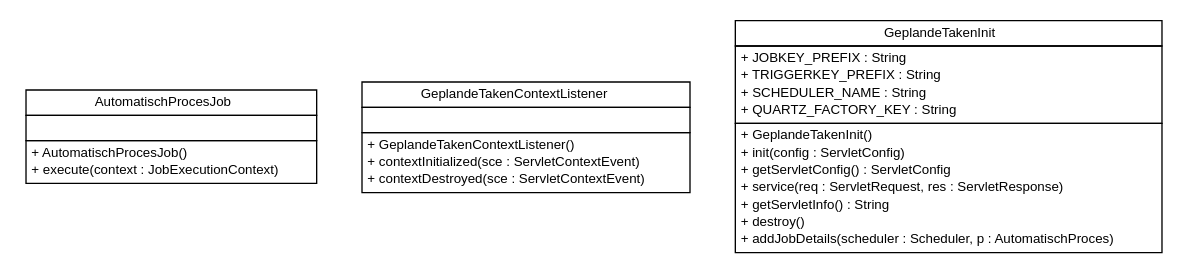
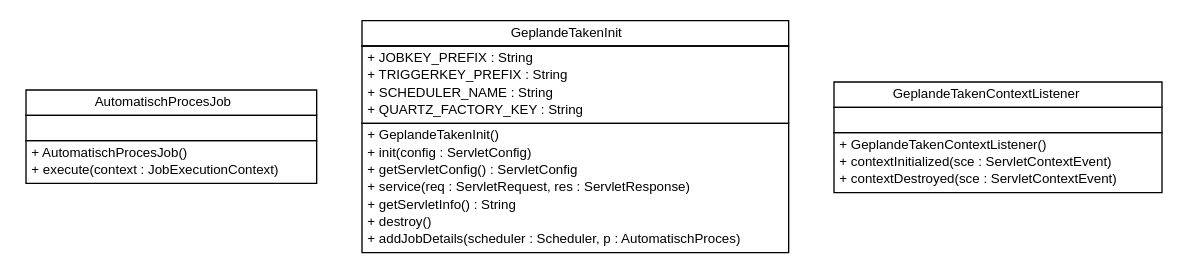
The diagram in brmo-service/apidocs/nl/b3p/brmo/service/jobs/nl.b3p.brmo.service.jobs.dot (B3Partners/brmo), drawn with Graphviz before and after one commit. The commit also changed 296 other files, not shown here.

```diff
--- a/brmo-service/apidocs/nl/b3p/brmo/service/jobs/nl.b3p.brmo.service.jobs.dot
+++ b/brmo-service/apidocs/nl/b3p/brmo/service/jobs/nl.b3p.brmo.service.jobs.dot
@@ -1,60 +1,60 @@
 #!/usr/local/bin/dot
 #
 # Class diagram 
 # Generated by UMLGraph version R5_6-24-gf6e263 (http://www.umlgraph.org/)
 #
 
 digraph G {
 	edge [fontname="Helvetica",fontsize=10,labelfontname="Helvetica",labelfontsize=10];
 	node [fontname="Helvetica",fontsize=10,shape=plaintext];
 	nodesep=0.25;
 	ranksep=0.5;
 	// nl.b3p.brmo.service.jobs.AutomatischProcesJob
-	c239 [label=<<table title="nl.b3p.brmo.service.jobs.AutomatischProcesJob" border="0" cellborder="1" cellspacing="0" cellpadding="2" port="p" href="./AutomatischProcesJob.html">
+	c107 [label=<<table title="nl.b3p.brmo.service.jobs.AutomatischProcesJob" border="0" cellborder="1" cellspacing="0" cellpadding="2" port="p" href="./AutomatischProcesJob.html">
 		<tr><td><table border="0" cellspacing="0" cellpadding="1">
 <tr><td align="center" balign="center"> AutomatischProcesJob </td></tr>
 		</table></td></tr>
 		<tr><td><table border="0" cellspacing="0" cellpadding="1">
 <tr><td align="left" balign="left">  </td></tr>
 		</table></td></tr>
 		<tr><td><table border="0" cellspacing="0" cellpadding="1">
 <tr><td align="left" balign="left"> + AutomatischProcesJob() </td></tr>
 <tr><td align="left" balign="left"> + execute(context : JobExecutionContext) </td></tr>
 		</table></td></tr>
 		</table>>, URL="./AutomatischProcesJob.html", fontname="Helvetica", fontcolor="black", fontsize=10.0];
-	// nl.b3p.brmo.service.jobs.GeplandeTakenContextListener
-	c240 [label=<<table title="nl.b3p.brmo.service.jobs.GeplandeTakenContextListener" border="0" cellborder="1" cellspacing="0" cellpadding="2" port="p" href="./GeplandeTakenContextListener.html">
-		<tr><td><table border="0" cellspacing="0" cellpadding="1">
-<tr><td align="center" balign="center"> GeplandeTakenContextListener </td></tr>
-		</table></td></tr>
-		<tr><td><table border="0" cellspacing="0" cellpadding="1">
-<tr><td align="left" balign="left">  </td></tr>
-		</table></td></tr>
-		<tr><td><table border="0" cellspacing="0" cellpadding="1">
-<tr><td align="left" balign="left"> + GeplandeTakenContextListener() </td></tr>
-<tr><td align="left" balign="left"> + contextInitialized(sce : ServletContextEvent) </td></tr>
-<tr><td align="left" balign="left"> + contextDestroyed(sce : ServletContextEvent) </td></tr>
-		</table></td></tr>
-		</table>>, URL="./GeplandeTakenContextListener.html", fontname="Helvetica", fontcolor="black", fontsize=10.0];
 	// nl.b3p.brmo.service.jobs.GeplandeTakenInit
-	c241 [label=<<table title="nl.b3p.brmo.service.jobs.GeplandeTakenInit" border="0" cellborder="1" cellspacing="0" cellpadding="2" port="p" href="./GeplandeTakenInit.html">
+	c108 [label=<<table title="nl.b3p.brmo.service.jobs.GeplandeTakenInit" border="0" cellborder="1" cellspacing="0" cellpadding="2" port="p" href="./GeplandeTakenInit.html">
 		<tr><td><table border="0" cellspacing="0" cellpadding="1">
 <tr><td align="center" balign="center"> GeplandeTakenInit </td></tr>
 		</table></td></tr>
 		<tr><td><table border="0" cellspacing="0" cellpadding="1">
 <tr><td align="left" balign="left"> + JOBKEY_PREFIX : String </td></tr>
 <tr><td align="left" balign="left"> + TRIGGERKEY_PREFIX : String </td></tr>
 <tr><td align="left" balign="left"> + SCHEDULER_NAME : String </td></tr>
 <tr><td align="left" balign="left"> + QUARTZ_FACTORY_KEY : String </td></tr>
 		</table></td></tr>
 		<tr><td><table border="0" cellspacing="0" cellpadding="1">
 <tr><td align="left" balign="left"> + GeplandeTakenInit() </td></tr>
 <tr><td align="left" balign="left"> + init(config : ServletConfig) </td></tr>
 <tr><td align="left" balign="left"> + getServletConfig() : ServletConfig </td></tr>
 <tr><td align="left" balign="left"> + service(req : ServletRequest, res : ServletResponse) </td></tr>
 <tr><td align="left" balign="left"> + getServletInfo() : String </td></tr>
 <tr><td align="left" balign="left"> + destroy() </td></tr>
 <tr><td align="left" balign="left"> + addJobDetails(scheduler : Scheduler, p : AutomatischProces) </td></tr>
 		</table></td></tr>
 		</table>>, URL="./GeplandeTakenInit.html", fontname="Helvetica", fontcolor="black", fontsize=10.0];
+	// nl.b3p.brmo.service.jobs.GeplandeTakenContextListener
+	c109 [label=<<table title="nl.b3p.brmo.service.jobs.GeplandeTakenContextListener" border="0" cellborder="1" cellspacing="0" cellpadding="2" port="p" href="./GeplandeTakenContextListener.html">
+		<tr><td><table border="0" cellspacing="0" cellpadding="1">
+<tr><td align="center" balign="center"> GeplandeTakenContextListener </td></tr>
+		</table></td></tr>
+		<tr><td><table border="0" cellspacing="0" cellpadding="1">
+<tr><td align="left" balign="left">  </td></tr>
+		</table></td></tr>
+		<tr><td><table border="0" cellspacing="0" cellpadding="1">
+<tr><td align="left" balign="left"> + GeplandeTakenContextListener() </td></tr>
+<tr><td align="left" balign="left"> + contextInitialized(sce : ServletContextEvent) </td></tr>
+<tr><td align="left" balign="left"> + contextDestroyed(sce : ServletContextEvent) </td></tr>
+		</table></td></tr>
+		</table>>, URL="./GeplandeTakenContextListener.html", fontname="Helvetica", fontcolor="black", fontsize=10.0];
 }
```
